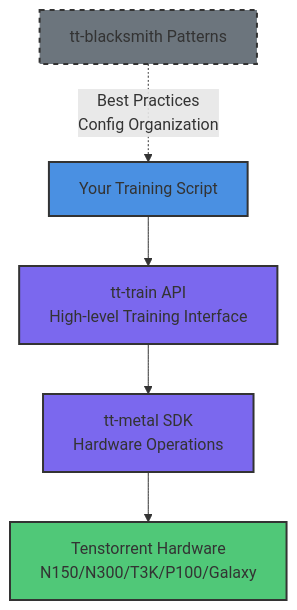
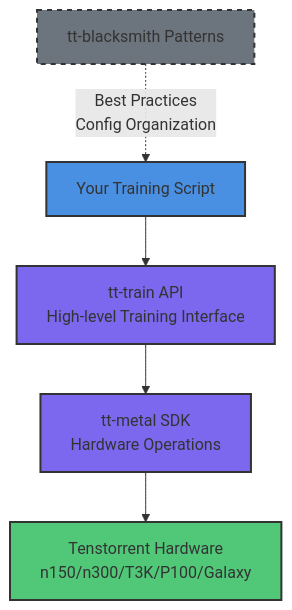
The first of 2 diagrams in content/lessons/ct1-understanding-training.md (tenstorrent/tt-vscode-toolkit), drawn with Mermaid before and after one commit. The commit also changed other lines of this file and 99 other files, not shown here.

````diff
--- a/content/lessons/ct1-understanding-training.md
+++ b/content/lessons/ct1-understanding-training.md
@@ -121,14 +121,14 @@
 ```mermaid
 graph TD
     A[Your Training Script] --> B[tt-train API<br/>High-level Training Interface]
     B --> C[tt-metal SDK<br/>Hardware Operations]
-    C --> D[Tenstorrent Hardware<br/>N150/N300/T3K/P100/Galaxy]
+    C --> D[Tenstorrent Hardware<br/>n150/n300/T3K/P100/Galaxy]
 
     E[tt-blacksmith Patterns] -.->|Best Practices<br/>Config Organization| A
 
     style A fill:#4A90E2,stroke:#333,stroke-width:2px
     style B fill:#7B68EE,stroke:#333,stroke-width:2px
     style C fill:#7B68EE,stroke:#333,stroke-width:2px
     style D fill:#50C878,stroke:#333,stroke-width:2px
     style E fill:#6C757D,stroke:#333,stroke-width:2px,stroke-dasharray: 5 5
 ```
````
